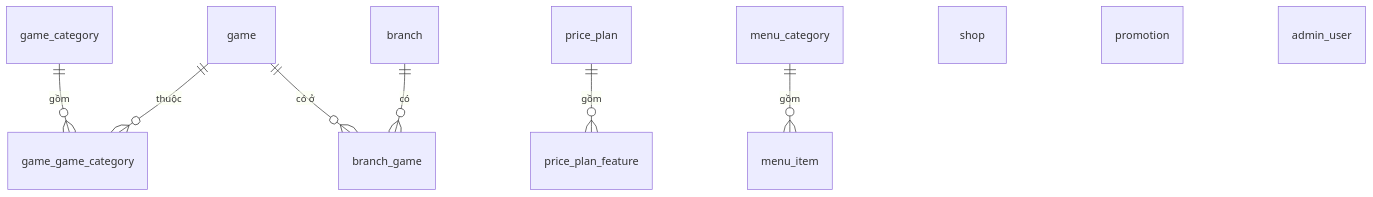
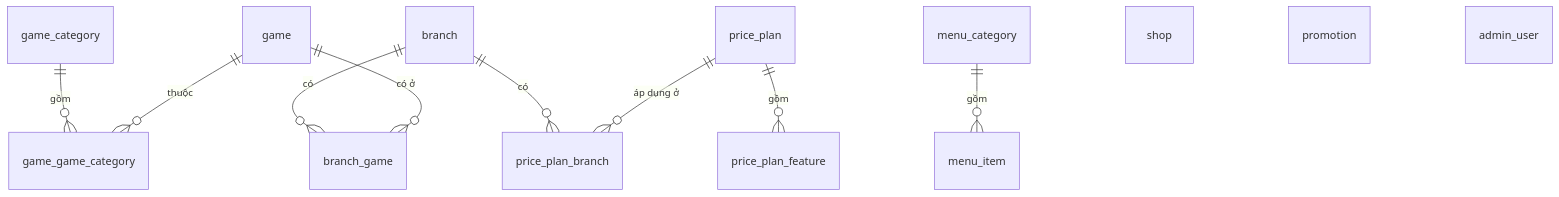
Before and after one commit to danhporo333/Fight-station: the diagram in 01-share-docs/DATABASE.md, drawn with Mermaid. The commit also changed other lines of this file and 7 other files, not shown here.

````diff
--- a/01-share-docs/DATABASE.md
+++ b/01-share-docs/DATABASE.md
@@ -134,12 +137,14 @@
 ```mermaid
 erDiagram
   game_category ||--o{ game_game_category : "gồm"
   game ||--o{ game_game_category : "thuộc"
   branch ||--o{ branch_game : "có"
   game ||--o{ branch_game : "có ở"
   price_plan ||--o{ price_plan_feature : "gồm"
+  branch ||--o{ price_plan_branch : "có"
+  price_plan ||--o{ price_plan_branch : "áp dụng ở"
   menu_category ||--o{ menu_item : "gồm"
   shop
   promotion
   admin_user
 ```
````
